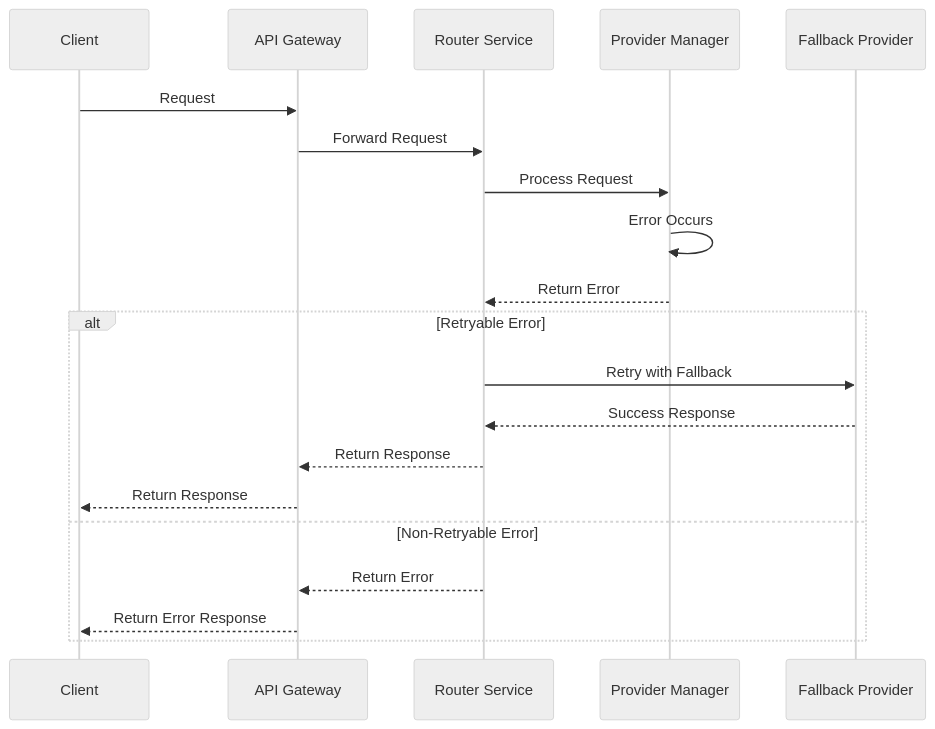
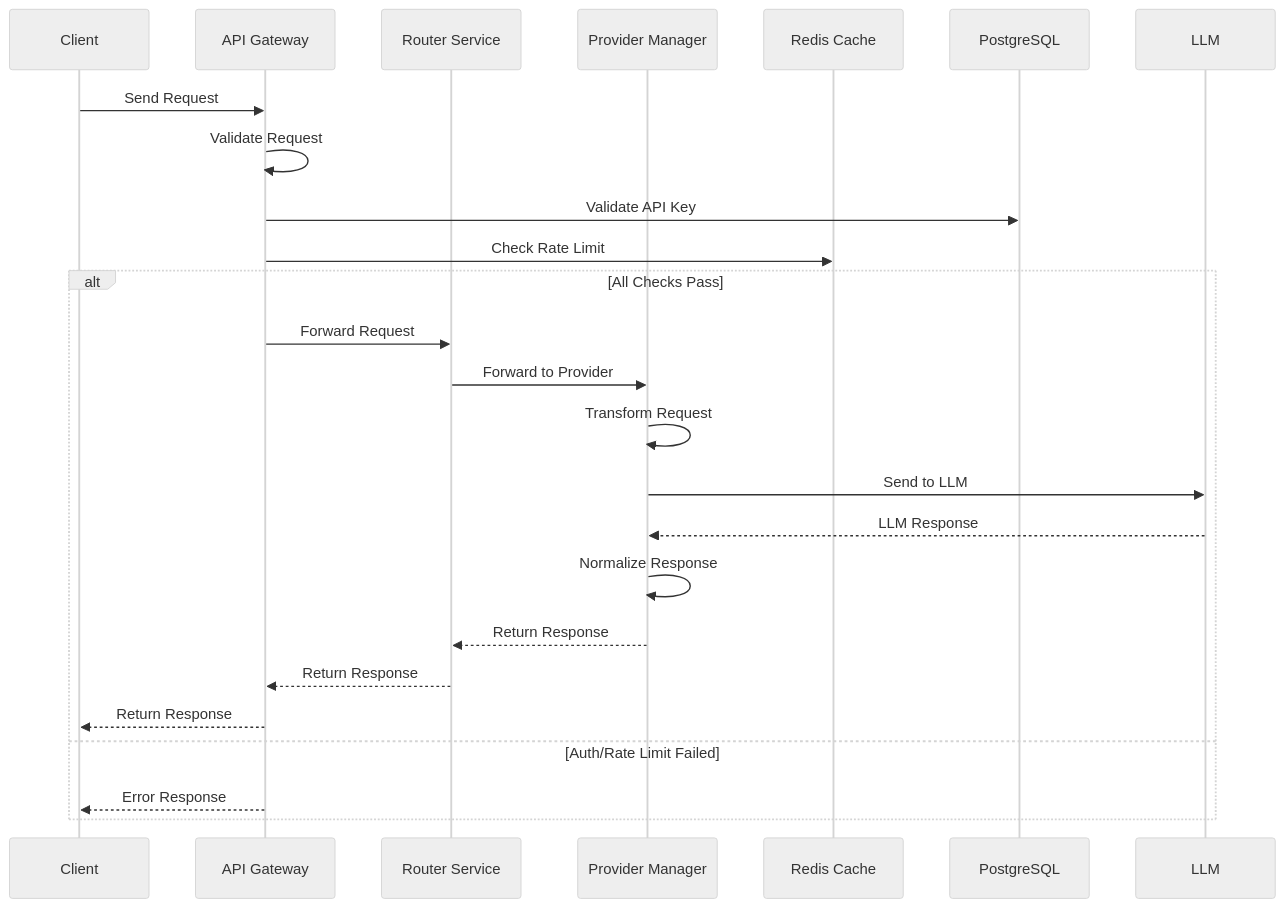
The second of 5 diagrams in docs/architecture/data-flow.md (xrouter-ru/xrouter), drawn with Mermaid (neutral theme) before and after one commit. The commit also changed other lines of this file, not shown here.

First line of the commit message:
docs: add OAuth flow implementation

````diff
--- a/docs/architecture/data-flow.md
+++ b/docs/architecture/data-flow.md
@@ -117,24 +78,28 @@
 ```mermaid
 sequenceDiagram
     participant Client
     participant Gateway as API Gateway
     participant Router as Router Service
     participant Provider as Provider Manager
-    participant Fallback as Fallback Provider
+    participant Redis as Redis Cache
+    participant DB as PostgreSQL
     
-    Client->>Gateway: Request
-    Gateway->>Router: Forward Request
-    Router->>Provider: Process Request
-    Provider->>Provider: Error Occurs
-    Provider-->>Router: Return Error
+    Client->>Gateway: Send Request
+    Gateway->>Gateway: Validate Request
+    Gateway->>DB: Validate API Key
+    Gateway->>Redis: Check Rate Limit
     
-    alt Retryable Error
-        Router->>Fallback: Retry with Fallback
-        Fallback-->>Router: Success Response
+    alt All Checks Pass
+        Gateway->>Router: Forward Request
+        Router->>Provider: Forward to Provider
+        Provider->>Provider: Transform Request
+        Provider->>LLM: Send to LLM
+        LLM-->>Provider: LLM Response
+        Provider->>Provider: Normalize Response
+        Provider-->>Router: Return Response
         Router-->>Gateway: Return Response
         Gateway-->>Client: Return Response
-    else Non-Retryable Error
-        Router-->>Gateway: Return Error
-        Gateway-->>Client: Return Error Response
+    else Auth/Rate Limit Failed
+        Gateway-->>Client: Error Response
     end
 ```
````
